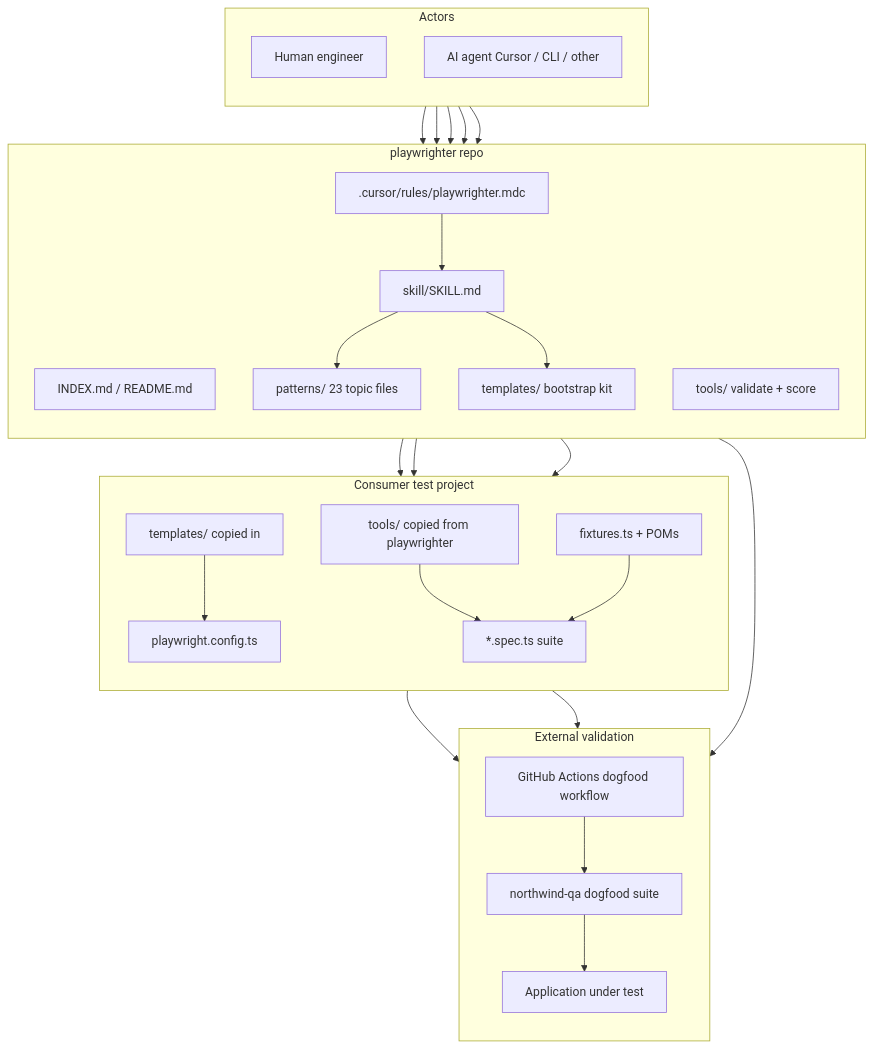
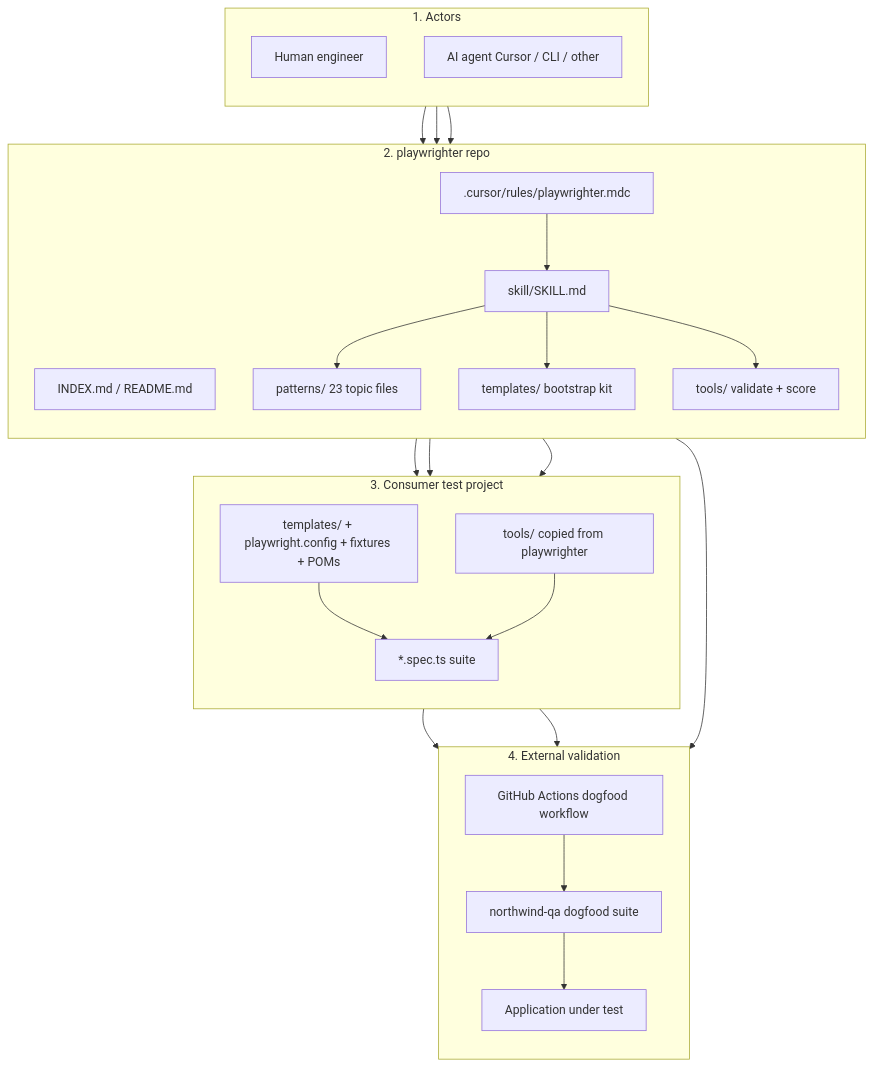
Before and after one commit to weijia-89/playwrighter: the first of 8 diagrams in ARCH.MD, drawn with Mermaid.

Commit message:
docs(arch): stack system context diagram vertically
Chain actors → playwrighter → consumer → external top-down; TB inside each layer.

````diff
--- a/ARCH.MD
+++ b/ARCH.MD
@@ -9,55 +9,51 @@
 ```mermaid
 flowchart TD
-  subgraph actors [Actors]
+  subgraph actors [1. Actors]
     direction TB
     Human[Human engineer]
     Agent[AI agent Cursor / CLI / other]
   end
 
-  subgraph playwrighter [playwrighter repo]
+  subgraph playwrighter [2. playwrighter repo]
     direction TB
     Index["INDEX.md / README.md"]
     Rule[".cursor/rules/playwrighter.mdc"]
     Skill["skill/SKILL.md"]
     Patterns["patterns/ 23 topic files"]
     Templates["templates/ bootstrap kit"]
-    Tools["tools/ validate + score"]
+    PwTools["tools/ validate + score"]
     Rule --> Skill
     Skill --> Patterns
     Skill --> Templates
+    Skill --> PwTools
   end
 
-  subgraph consumer [Consumer test project]
+  subgraph consumer [3. Consumer test project]
     direction TB
-    TemplatesOut["templates/ copied in"]
-    CopiedTools["tools/ copied from playwrighter"]
-    Config["playwright.config.ts"]
-    Fix["fixtures.ts + POMs"]
+    ConsTemplates["templates/ + playwright.config + fixtures + POMs"]
+    ConsTools["tools/ copied from playwrighter"]
     Specs["*.spec.ts suite"]
-    TemplatesOut --> Config
-    CopiedTools --> Specs
-    Fix --> Specs
+    ConsTemplates --> Specs
+    ConsTools --> Specs
   end
 
-  subgraph external [External validation]
+  subgraph external [4. External validation]
     direction TB
     GHA["GitHub Actions dogfood workflow"]
     NW["northwind-qa dogfood suite"]
     SUT[Application under test]
     GHA --> NW
     NW --> SUT
   end
 
-  Human --> Index
-  Human --> Templates
-  Agent --> Rule
-  Agent --> Patterns
-  Templates --> TemplatesOut
-  Tools --> CopiedTools
-  Specs --> SUT
-  Tools --> GHA
-
   actors --> playwrighter
   playwrighter --> consumer
   consumer --> external
+
+  Human --> Index
+  Agent --> Rule
+  Templates --> ConsTemplates
+  PwTools --> ConsTools
+  Specs --> SUT
+  PwTools --> GHA
 ```
````
